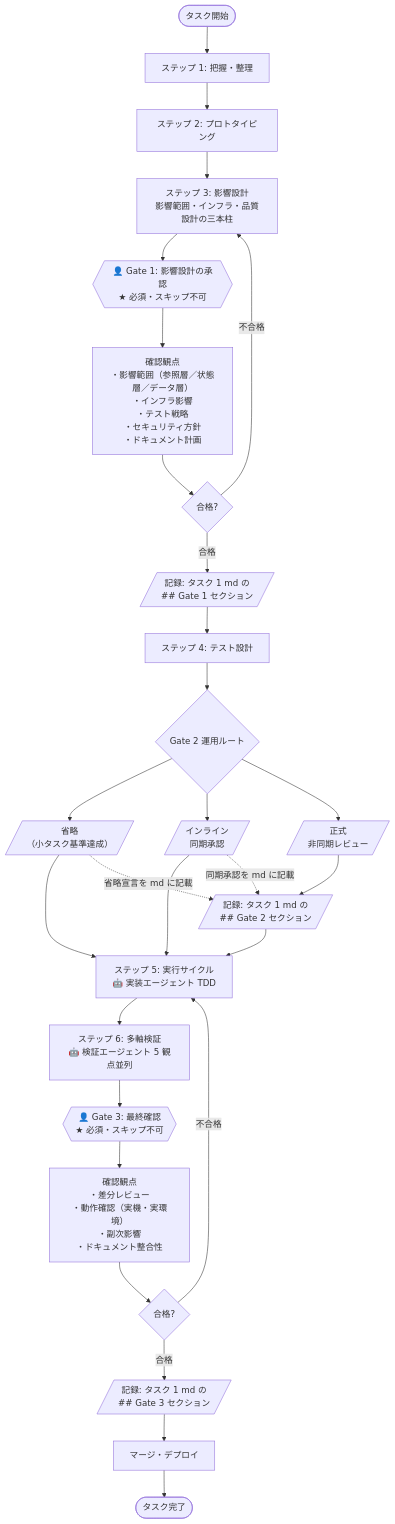
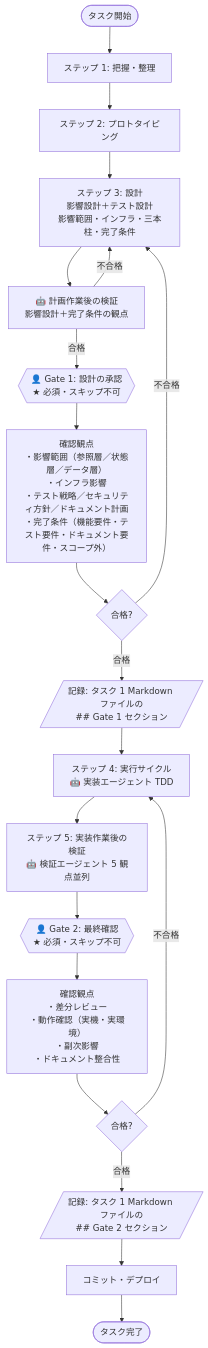
One commit to dazoyee/fundanalyzer changed the diagram in docs/guideline/human-checkpoints.md. Above: the diagram before and after it, drawn with Mermaid. The commit also changed other lines of this file and 13 other files, not shown here.

````diff
--- a/docs/guideline/human-checkpoints.md
+++ b/docs/guideline/human-checkpoints.md
@@ -19,47 +18,36 @@
 ```mermaid
 flowchart TD
     Start([タスク開始])
 
     S1[ステップ 1: 把握・整理]
     S2[ステップ 2: プロトタイピング]
-    S3[ステップ 3: 影響設計<br/>影響範囲・インフラ・品質設計の三本柱]
+    S3[ステップ 3: 設計<br/>影響設計＋テスト設計<br/>影響範囲・インフラ・三本柱・完了条件]
+    Verify1["🤖 計画作業後の検証<br/>影響設計＋完了条件の観点"]
 
-    G1{{"👤 Gate 1: 影響設計の承認<br/>★ 必須・スキップ不可"}}
-    G1Check["確認観点<br/>・影響範囲（参照層／状態層／データ層）<br/>・インフラ影響<br/>・テスト戦略<br/>・セキュリティ方針<br/>・ドキュメント計画"]
+    G1{{"👤 Gate 1: 設計の承認<br/>★ 必須・スキップ不可"}}
+    G1Check["確認観点<br/>・影響範囲（参照層／状態層／データ層）<br/>・インフラ影響<br/>・テスト戦略／セキュリティ方針／ドキュメント計画<br/>・完了条件（機能要件・テスト要件・ドキュメント要件・スコープ外）"]
     G1Judge{合格?}
-    G1Rec[/"記録: タスク 1 md の<br/>## Gate 1 セクション"/]
+    G1Rec[/"記録: タスク 1 Markdown ファイルの<br/>## Gate 1 セクション"/]
 
-    S4[ステップ 4: テスト設計]
+    S4[ステップ 4: 実行サイクル<br/>🤖 実装エージェント TDD]
+    S5[ステップ 5: 実装作業後の検証<br/>🤖 検証エージェント 5 観点並列]
 
-    G2Route{Gate 2 運用ルート}
-    G2Skip[/"省略<br/>（小タスク基準達成）"/]
-    G2Inline[/"インライン<br/>同期承認"/]
-    G2Formal[/"正式<br/>非同期レビュー"/]
-    G2Rec[/"記録: タスク 1 md の<br/>## Gate 2 セクション"/]
+    G2{{"👤 Gate 2: 最終確認<br/>★ 必須・スキップ不可"}}
+    G2Check["確認観点<br/>・差分レビュー<br/>・動作確認（実機・実環境）<br/>・副次影響<br/>・ドキュメント整合性"]
+    G2Judge{合格?}
+    G2Rec[/"記録: タスク 1 Markdown ファイルの<br/>## Gate 2 セクション"/]
 
-    S5[ステップ 5: 実行サイクル<br/>🤖 実装エージェント TDD]
-    S6[ステップ 6: 多軸検証<br/>🤖 検証エージェント 5 観点並列]
-
-    G3{{"👤 Gate 3: 最終確認<br/>★ 必須・スキップ不可"}}
-    G3Check["確認観点<br/>・差分レビュー<br/>・動作確認（実機・実環境）<br/>・副次影響<br/>・ドキュメント整合性"]
-    G3Judge{合格?}
-    G3Rec[/"記録: タスク 1 md の<br/>## Gate 3 セクション"/]
-
-    Post[マージ・デプロイ]
+    Post[コミット・デプロイ]
     End([タスク完了])
 
-    Start --> S1 --> S2 --> S3 --> G1
+    Start --> S1 --> S2 --> S3 --> Verify1
+    Verify1 -->|不合格| S3
+    Verify1 -->|合格| G1
     G1 --> G1Check --> G1Judge
     G1Judge -->|不合格| S3
     G1Judge -->|合格| G1Rec --> S4
-    S4 --> G2Route
-    G2Route --> G2Skip --> S5
-    G2Route --> G2Inline --> S5
-    G2Route --> G2Formal --> G2Rec --> S5
-    G2Skip -.省略宣言を md に記載.-> G2Rec
-    G2Inline -.同期承認を md に記載.-> G2Rec
-    S5 --> S6 --> G3
-    G3 --> G3Check --> G3Judge
-    G3Judge -->|不合格| S5
-    G3Judge -->|合格| G3Rec --> Post --> End
+    S4 --> S5 --> G2
+    G2 --> G2Check --> G2Judge
+    G2Judge -->|不合格| S4
+    G2Judge -->|合格| G2Rec --> Post --> End
 ```
````
